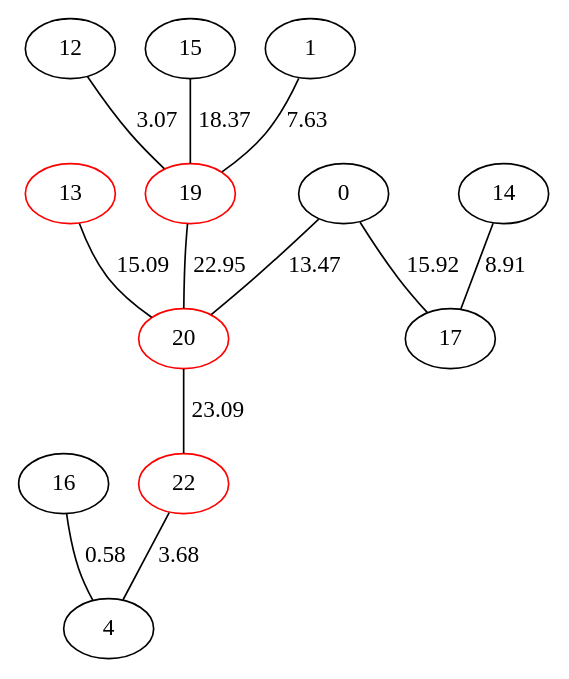
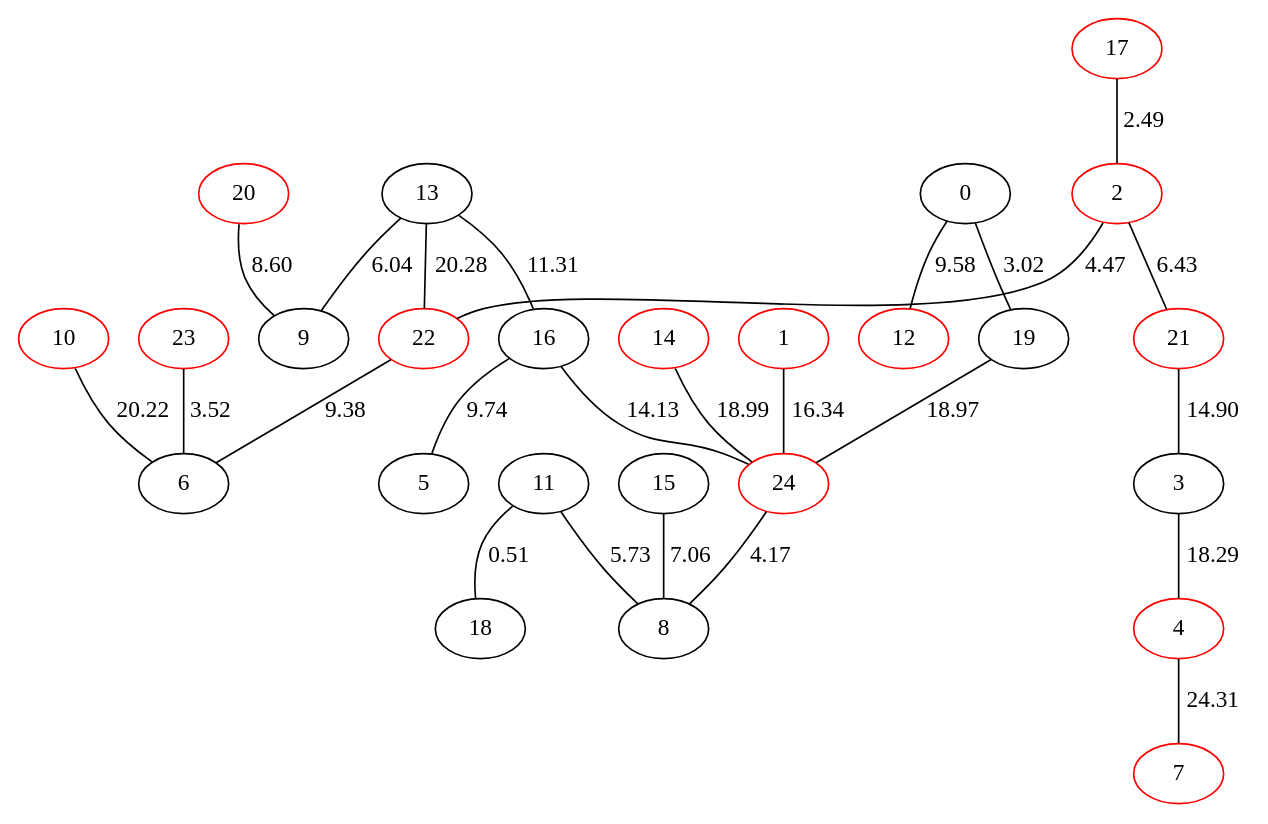
One commit to Aura9111/SteinerBA changed the diagram in example/edited.dot. Above: the diagram before and after it, drawn with Graphviz. The commit also changed 9 other files, not shown here.

```diff
--- a/example/edited.dot
+++ b/example/edited.dot
@@ -1,25 +1,51 @@
 graph {
 22[color=red]
-12[color=black]
-13[color=red]
-14[color=black]
+23[color=red]
+24[color=red]
+10[color=red]
+11[color=black]
+12[color=red]
+13[color=black]
+14[color=red]
 15[color=black]
 16[color=black]
-17[color=black]
-19[color=red]
+17[color=red]
+18[color=black]
+19[color=black]
 0[color=black]
-1[color=black]
-4[color=black]
+1[color=red]
+2[color=red]
+3[color=black]
+4[color=red]
+5[color=black]
+6[color=black]
+7[color=red]
+8[color=black]
+9[color=black]
 20[color=red]
-13--20[label=15.09]
-16--4[label=0.58]
-14--17[label=8.91]
-22--4[label=3.68]
-0--17[label=15.92]
-15--19[label=18.37]
-19--20[label=22.95]
-20--22[label=23.09]
-0--20[label=13.47]
-12--19[label=3.07]
-1--19[label=7.63]
+21[color=red]
+17--2[label=2.49]
+0--19[label=3.02]
+11--18[label=0.51]
+21--3[label=14.90]
+13--22[label=20.28]
+2--21[label=6.43]
+13--16[label=11.31]
+2--22[label=4.47]
+0--12[label=9.58]
+14--24[label=18.99]
+20--9[label=8.60]
+16--24[label=14.13]
+23--6[label=3.52]
+24--8[label=4.17]
+22--6[label=9.38]
+11--8[label=5.73]
+1--24[label=16.34]
+3--4[label=18.29]
+16--5[label=9.74]
+4--7[label=24.31]
+13--9[label=6.04]
+10--6[label=20.22]
+15--8[label=7.06]
+19--24[label=18.97]
 }
```
